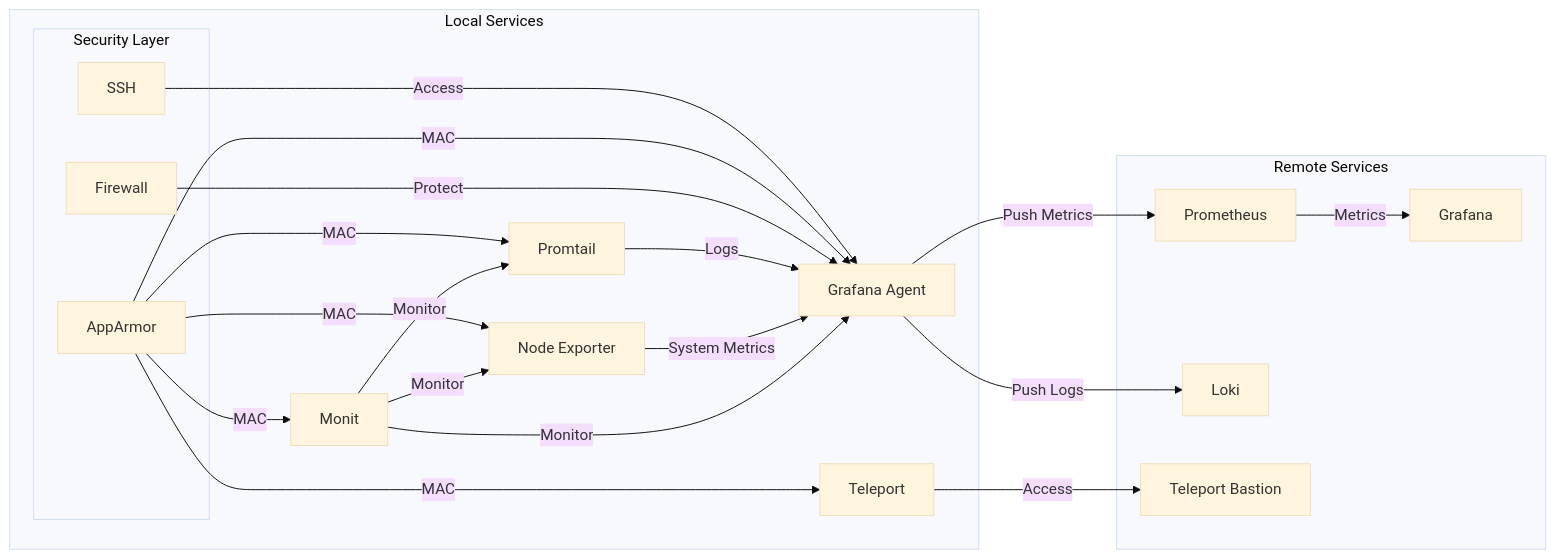
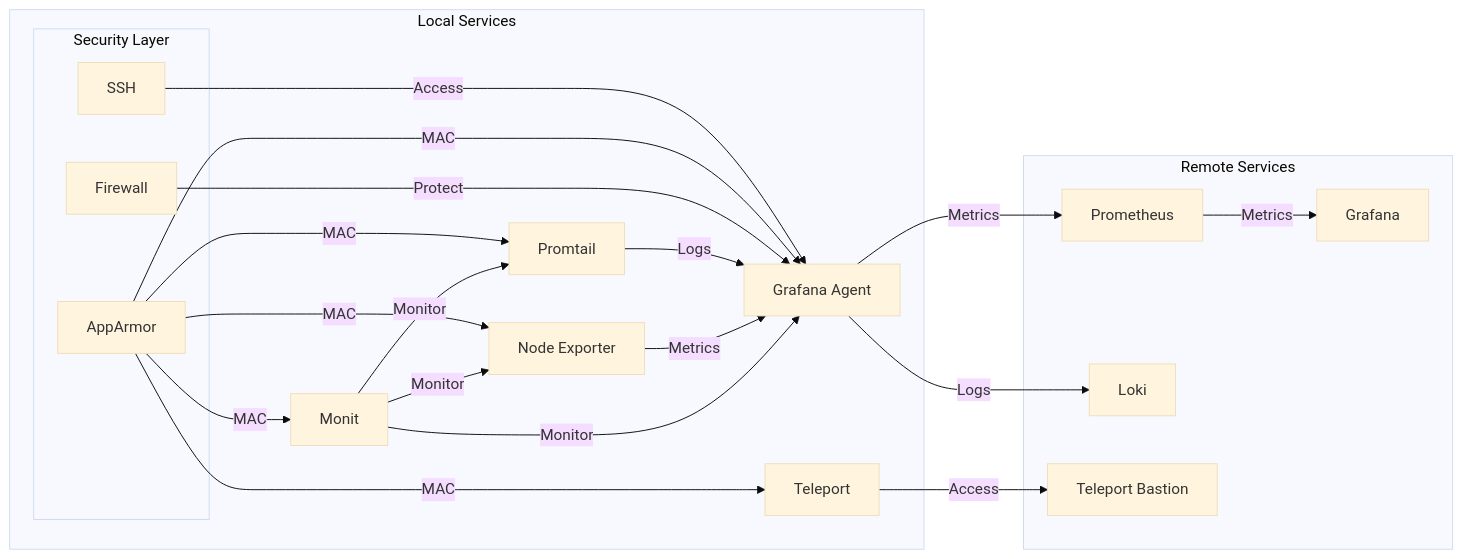
Before and after one commit to pampatzoglou/provision-validators: the second of 2 diagrams in roles/admin/README.md, drawn with Mermaid (base theme).

Commit message:
update README files

````diff
--- a/roles/admin/README.md
+++ b/roles/admin/README.md
@@ -253,40 +253,40 @@
 ```mermaid
 graph LR
     subgraph Local Services
         A[Grafana Agent]
         B[Node Exporter]
         C[Promtail]
         D[Monit] --> |Monitor| A
         D --> |Monitor| B
         D --> |Monitor| C
         T[Teleport]
         
         subgraph Security Layer
             E[Firewall]
             F[AppArmor]
             G[SSH]
         end
     end
 
     subgraph Remote Services
         H[Prometheus]
         I[Grafana]
         J[Loki]
         K[Teleport Bastion]
     end
 
-    B --> |System Metrics| A
+    B --> |Metrics| A
     C --> |Logs| A
-    A --> |Push Metrics| H
-    A --> |Push Logs| J
+    A --> |Metrics| H
+    A --> |Logs| J
     H --> |Metrics| I
     T --> |Access| K
 
     E --> |Protect| A
     F --> |MAC| A
     F --> |MAC| B
     F --> |MAC| C
     F --> |MAC| D
     F --> |MAC| T
     G --> |Access| A
 ```
````
